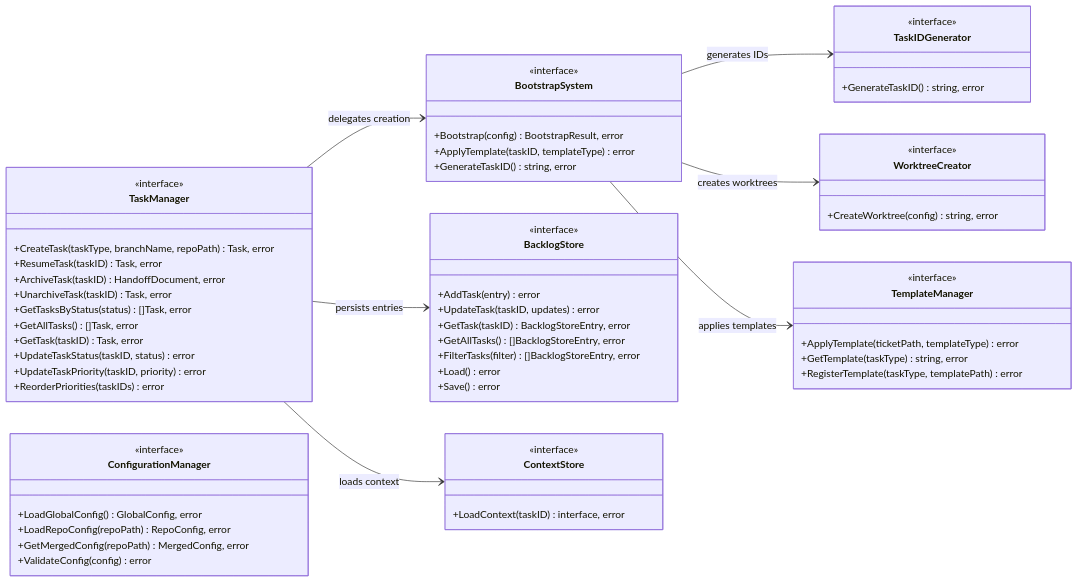
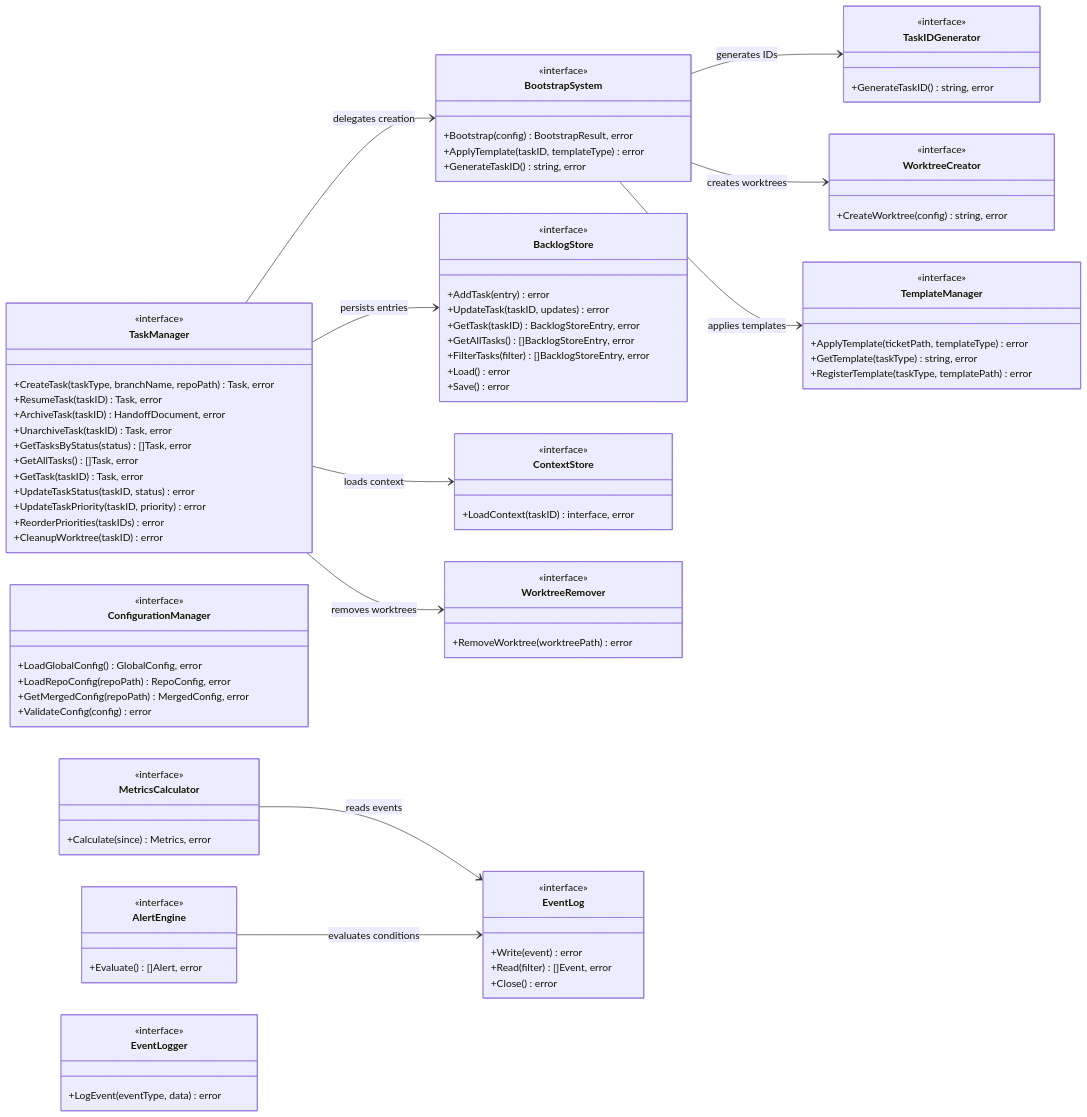
Before and after one commit to valter-silva-au/ai-dev-brain: the second of 9 diagrams in docs/architecture.md, drawn with Mermaid. The commit also changed other lines of this file and 51 other files, not shown here.

````diff
--- a/docs/architecture.md
+++ b/docs/architecture.md
@@ -118,6 +133,7 @@
         +UpdateTaskStatus(taskID, status) error
         +UpdateTaskPriority(taskID, priority) error
         +ReorderPriorities(taskIDs) error
+        +CleanupWorktree(taskID) error
     }
 
     class BootstrapSystem {
@@ -156,6 +172,11 @@
         +CreateWorktree(config) string, error
     }
 
+    class WorktreeRemover {
+        <<interface>>
+        +RemoveWorktree(worktreePath) error
+    }
+
     class TaskIDGenerator {
         <<interface>>
         +GenerateTaskID() string, error
@@ -168,10 +189,35 @@
         +RegisterTemplate(taskType, templatePath) error
     }
 
+    class EventLog {
+        <<interface>>
+        +Write(event) error
+        +Read(filter) []Event, error
+        +Close() error
+    }
+
+    class MetricsCalculator {
+        <<interface>>
+        +Calculate(since) Metrics, error
+    }
+
+    class AlertEngine {
+        <<interface>>
+        +Evaluate() []Alert, error
+    }
+
+    class EventLogger {
+        <<interface>>
+        +LogEvent(eventType, data) error
+    }
+
     TaskManager --> BootstrapSystem : delegates creation
     TaskManager --> BacklogStore : persists entries
     TaskManager --> ContextStore : loads context
+    TaskManager --> WorktreeRemover : removes worktrees
     BootstrapSystem --> TaskIDGenerator : generates IDs
     BootstrapSystem --> WorktreeCreator : creates worktrees
     BootstrapSystem --> TemplateManager : applies templates
+    MetricsCalculator --> EventLog : reads events
+    AlertEngine --> EventLog : evaluates conditions
 ```
````
